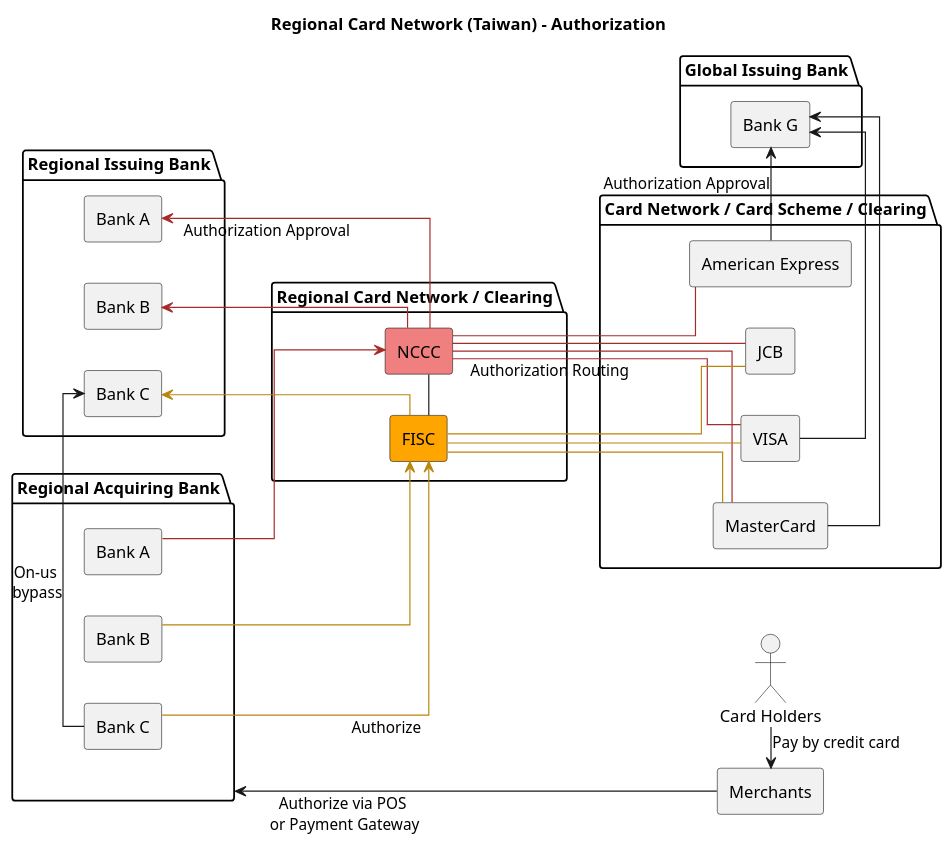
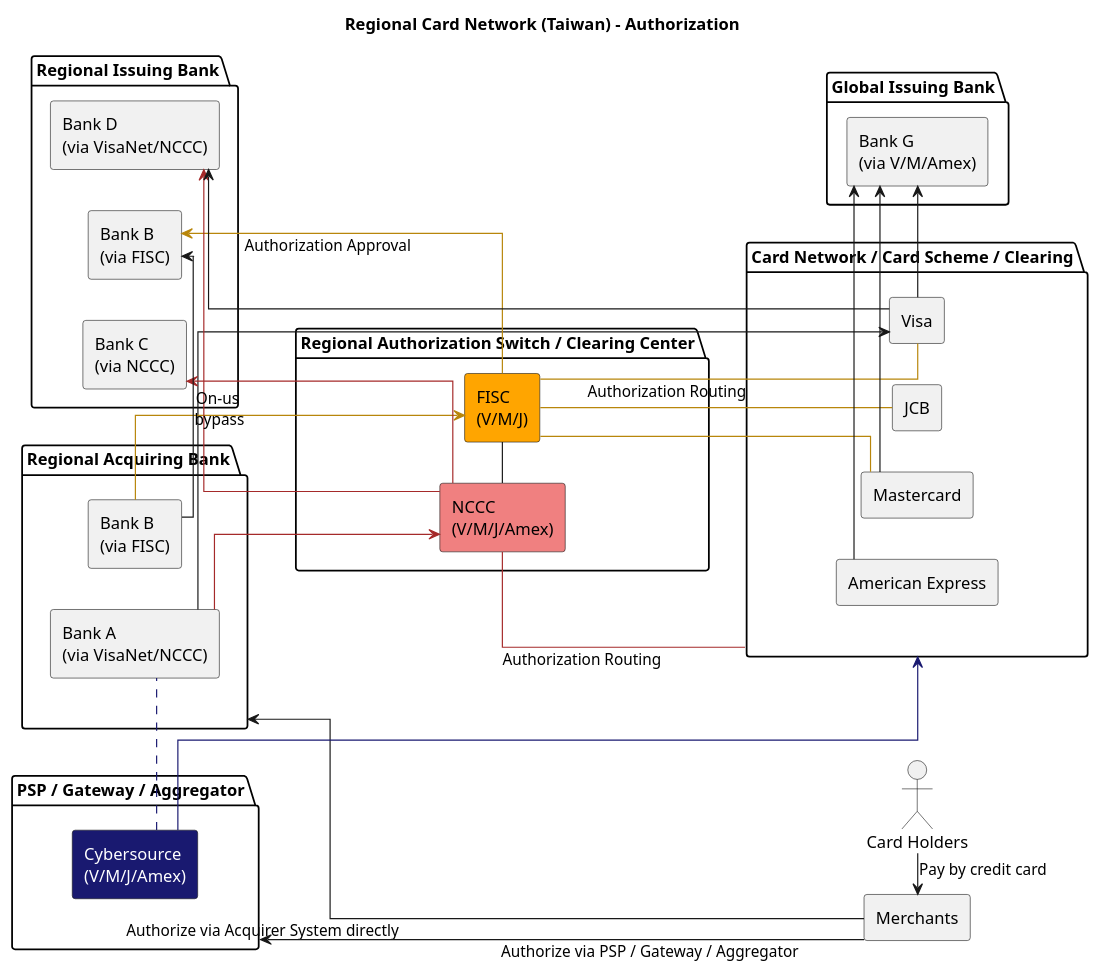
The diagram in payment/local-card-services-authorization.plantuml (yidas/web-service-architectures), drawn with PlantUML before and after one commit.

```diff
--- a/payment/local-card-services-authorization.plantuml
+++ b/payment/local-card-services-authorization.plantuml
@@ -1,60 +1,68 @@
 @startuml
 skinparam linetype polyline
 skinparam linetype ortho
 left to right direction
 
 title "Regional Card Network (Taiwan) - Authorization"
 
 actor "Card Holders" as user
 agent "Merchants" as merchant
 package "Card Network / Card Scheme / Clearing" as ccnet {
-  agent "VISA" as visa
-  agent "MasterCard" as mc
+  agent "Visa" as visa
+  agent "Mastercard" as mc
   agent "JCB" as jcb
   agent "American Express" as axp
 }
-package "Regional Card Network / Clearing" as ccnet_local {
-  agent "NCCC" as nccc #lightcoral
-  agent "FISC" as fisc #orange
+package "Regional Authorization Switch / Clearing Center" as ccnet_local {
+  agent "NCCC \n(V/M/J/Amex)" as nccc #lightcoral
+  agent "FISC \n(V/M/J)" as fisc #orange
 }
 package "Global Issuing Bank" as issuer_global {
-  agent "Bank G" as issuer_global_a
+  agent "Bank G \n(via V/M/Amex)" as issuer_global_a
 }
 package "Regional Issuing Bank" as issuer_local {
-  agent "Bank A" as issuer_a
-  agent "Bank C" as issuer_b
-  agent "Bank B" as issuer_c
+  agent "Bank B \n(via FISC)" as issuer_b
+  agent "Bank C \n(via NCCC)" as issuer_c
+  agent "Bank D \n(via VisaNet/NCCC)" as issuer_d
 }
 package "Regional Acquiring Bank" as acquirer_local {
-  agent "Bank A" as acquirer_a
-  agent "Bank C" as acquirer_b
-  agent "Bank B" as acquirer_c
+  agent "Bank A \n(via VisaNet/NCCC)" as acquirer_a
+  agent "Bank B \n(via FISC)" as acquirer_b
+}
+package "PSP / Gateway / Aggregator" as aggregator_group {
+  agent "<color:white>Cybersource \n<color:white>(V/M/J/Amex)" as aggregator_cybs #midnightBlue
+  ' agent "<color:white>Checkout.com" as aggregator_cko #blue
 }
 
 
-merchant -up--> acquirer_local: Authorize via POS\n or Payment Gateway
+merchant -up--> acquirer_local: Authorize via Acquirer System directly
+merchant -up--> aggregator_group: Authorize via PSP / Gateway / Aggregator
 
 nccc - fisc
-nccc --[#brown] visa: Authorization Routing
-nccc --[#brown] mc
-nccc --[#brown] jcb
-nccc --[#brown] axp
-fisc --[#darkGoldenRod] visa
+
+nccc --[#brown] ccnet: Authorization Routing
+fisc --[#darkGoldenRod] visa: Authorization Routing
 fisc --[#darkGoldenRod] mc
 fisc -[#darkGoldenRod] jcb
 
-issuer_a <--[#brown] nccc: Authorization Approval
-acquirer_a --[#brown]> nccc
+acquirer_a -[#brown]> nccc
+acquirer_a -> visa
+acquirer_b -[#darkGoldenRod]> fisc
+
+issuer_b <--[#darkGoldenRod] fisc: Authorization Approval
+issuer_c <--[#brown] nccc
+issuer_d <--[#brown] nccc
+issuer_d <-- visa
+
 acquirer_b -> issuer_b: On-us \nbypass
-issuer_b <--[#darkGoldenRod] fisc
-acquirer_b --[#darkGoldenRod]> fisc: Authorize
-issuer_c <--[#brown] nccc
-acquirer_c --[#darkGoldenRod]> fisc
+
+aggregator_cybs . acquirer_a #midnightBlue
+aggregator_cybs -> ccnet #midnightBlue
 
 issuer_global_a <-right- visa
 issuer_global_a <-right- mc
-issuer_global_a <-right- axp: Authorization Approval
+issuer_global_a <-right- axp
 
 
 user -right-> merchant: Pay by credit card 　
 @enduml
```
